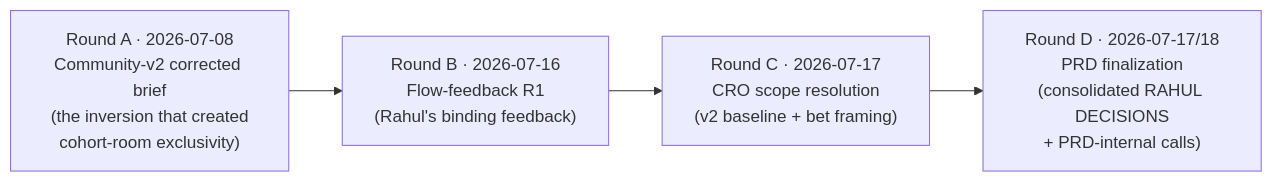
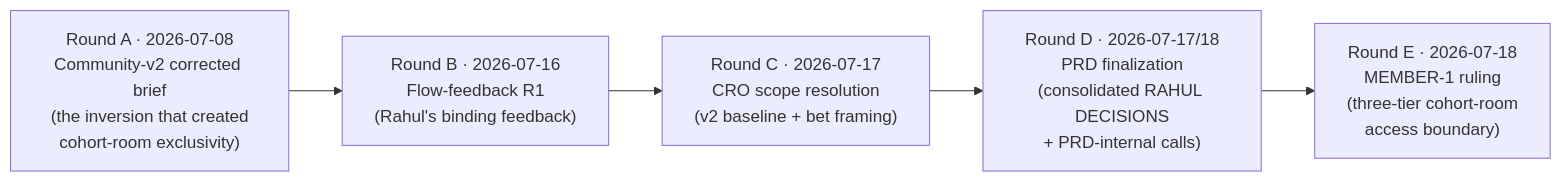
The diagram in design/cohorts/docs/09-DECISION-LOG.md (levelupadmin/LevelUp-Main-App), drawn with Mermaid before and after one commit. The commit also changed other lines of this file and 4 other files, not shown here.

First line of the commit message:
docs(cohorts): rule MEMBER-1 — three-tier room access; kill the accepted-preview path

````diff
--- a/design/cohorts/docs/09-DECISION-LOG.md
+++ b/design/cohorts/docs/09-DECISION-LOG.md
@@ -43,6 +43,7 @@
 ```mermaid
 graph LR
     A["Round A · 2026-07-08<br/>Community-v2 corrected brief<br/>(the inversion that created<br/>cohort-room exclusivity)"] --> B["Round B · 2026-07-16<br/>Flow-feedback R1<br/>(Rahul's binding feedback)"]
     B --> C["Round C · 2026-07-17<br/>CRO scope resolution<br/>(v2 baseline + bet framing)"]
     C --> D["Round D · 2026-07-17/18<br/>PRD finalization<br/>(consolidated RAHUL DECISIONS<br/>+ PRD-internal calls)"]
+    D --> E["Round E · 2026-07-18<br/>MEMBER-1 ruling<br/>(three-tier cohort-room<br/>access boundary)"]
 ```
````
